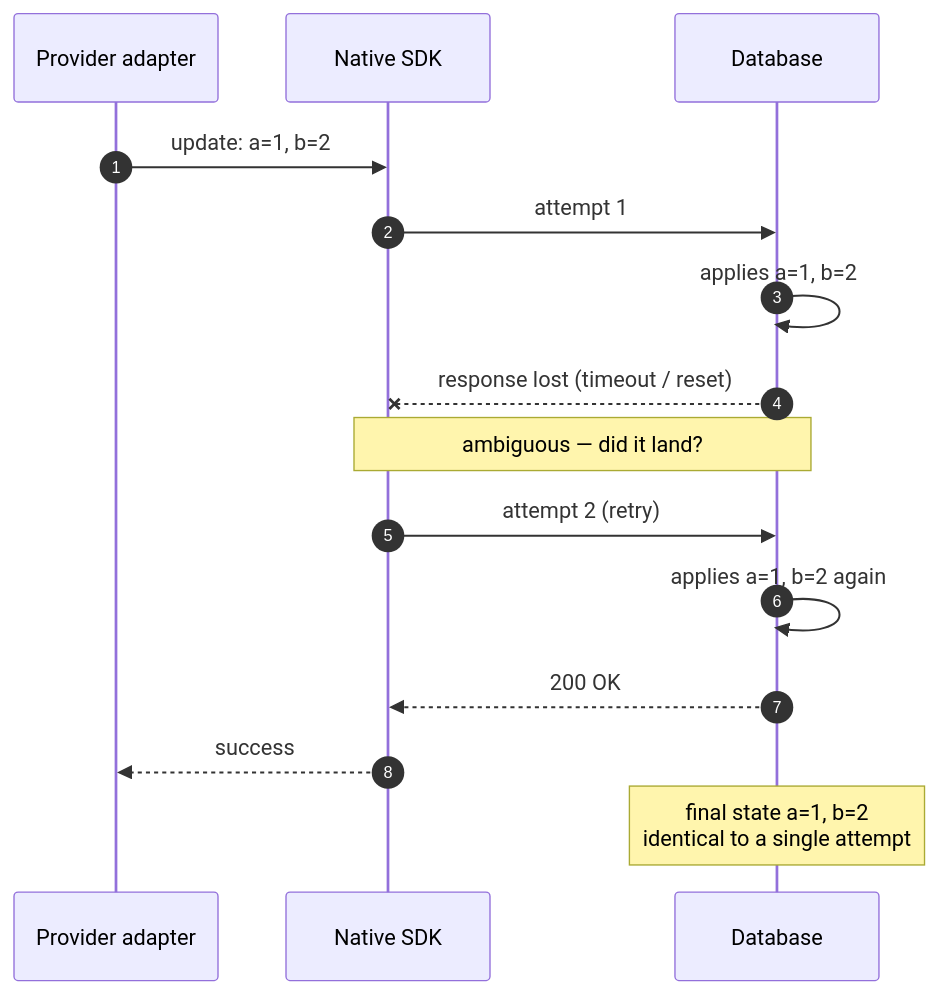
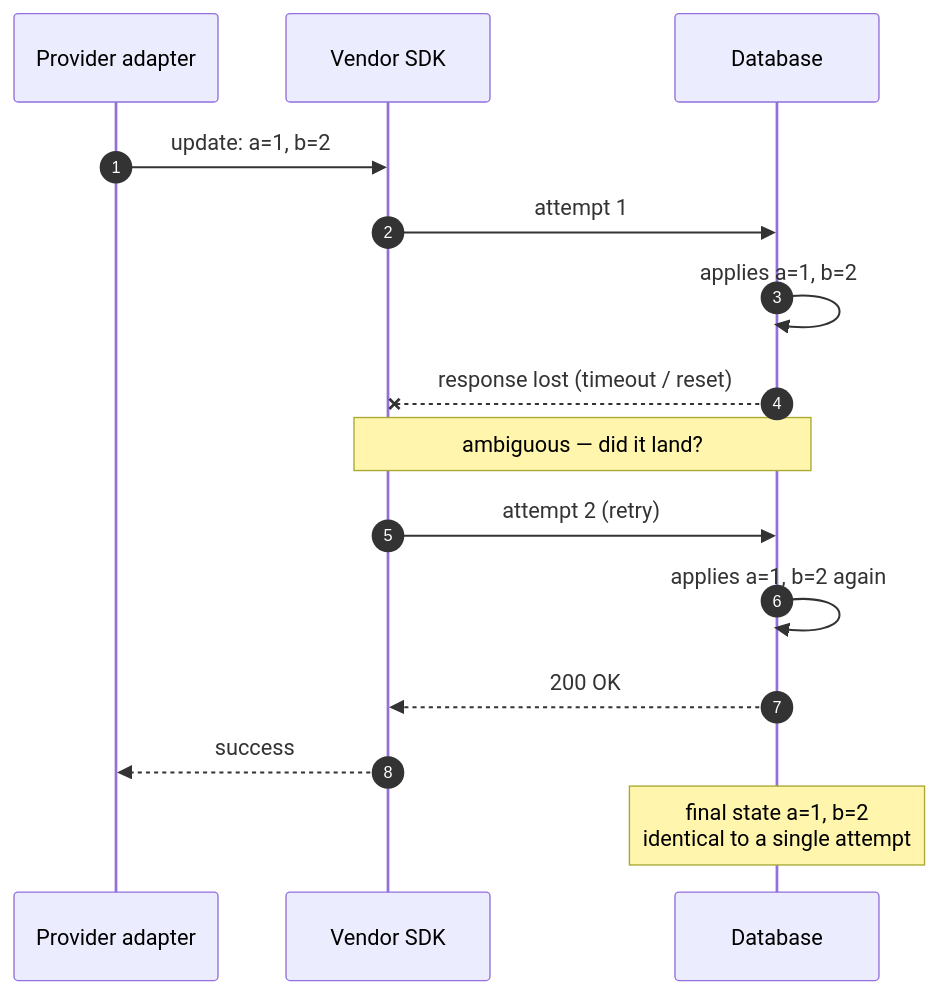
Before and after one commit to allenkim0129/multiclouddb-sdk-for-java: the third of 3 diagrams in specs/002-partial-update/design.md, drawn with Mermaid. The commit also changed other lines of this file, not shown here.

First line of the commit message:
docs(partial-update): clarify engine/vendor SDK/provider terminology

````diff
--- a/specs/002-partial-update/design.md
+++ b/specs/002-partial-update/design.md
@@ -339,18 +355,18 @@
 ```mermaid
 sequenceDiagram
     autonumber
     participant ADP as Provider adapter
-    participant SDK as Native SDK
+    participant SDK as Vendor SDK
     participant DB as Database
 
     ADP->>SDK: update: a=1, b=2
     SDK->>DB: attempt 1
     DB->>DB: applies a=1, b=2
     DB--xSDK: response lost (timeout / reset)
     Note over SDK,DB: ambiguous — did it land?
     SDK->>DB: attempt 2 (retry)
     DB->>DB: applies a=1, b=2 again
     DB-->>SDK: 200 OK
     SDK-->>ADP: success
     Note over DB: final state a=1, b=2<br/>identical to a single attempt
 ```
````
